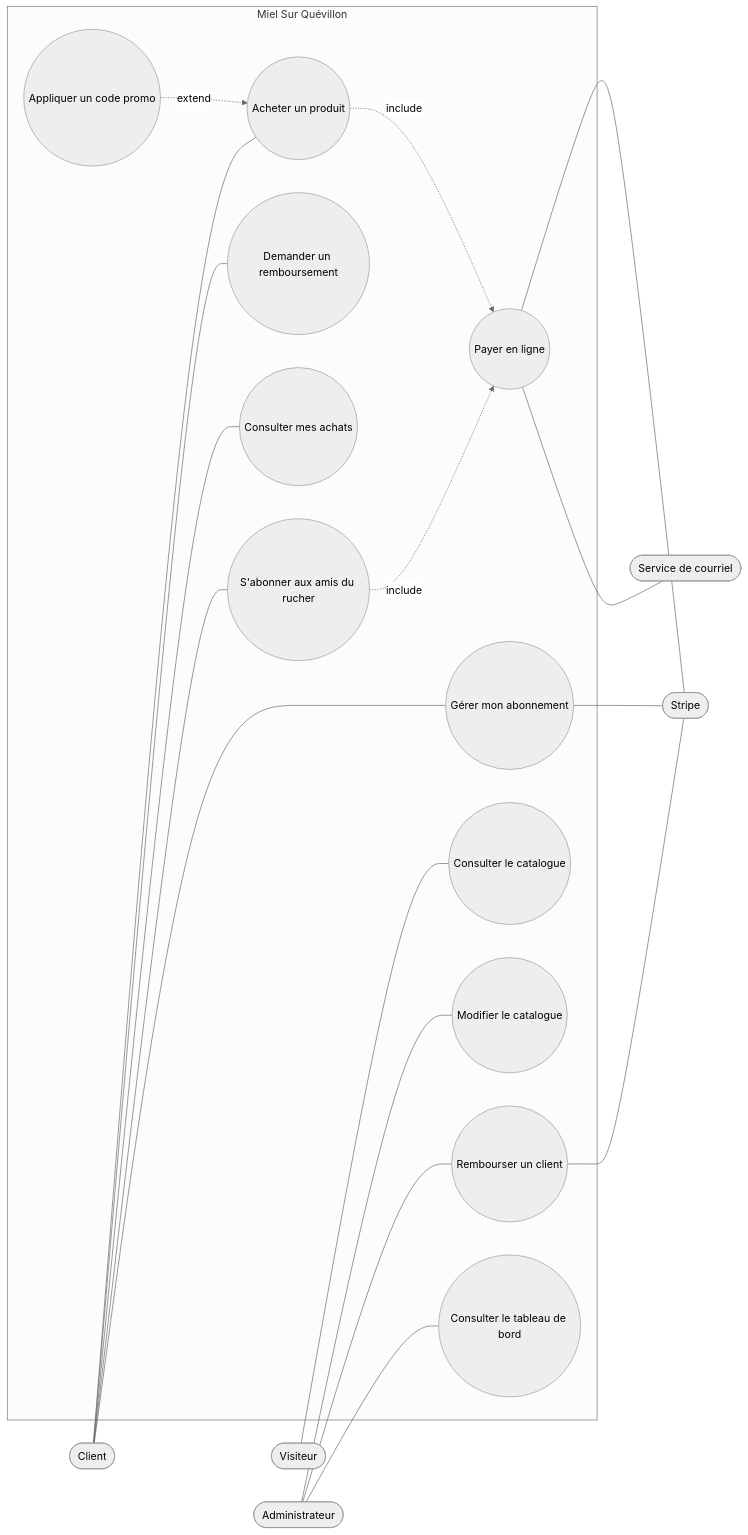
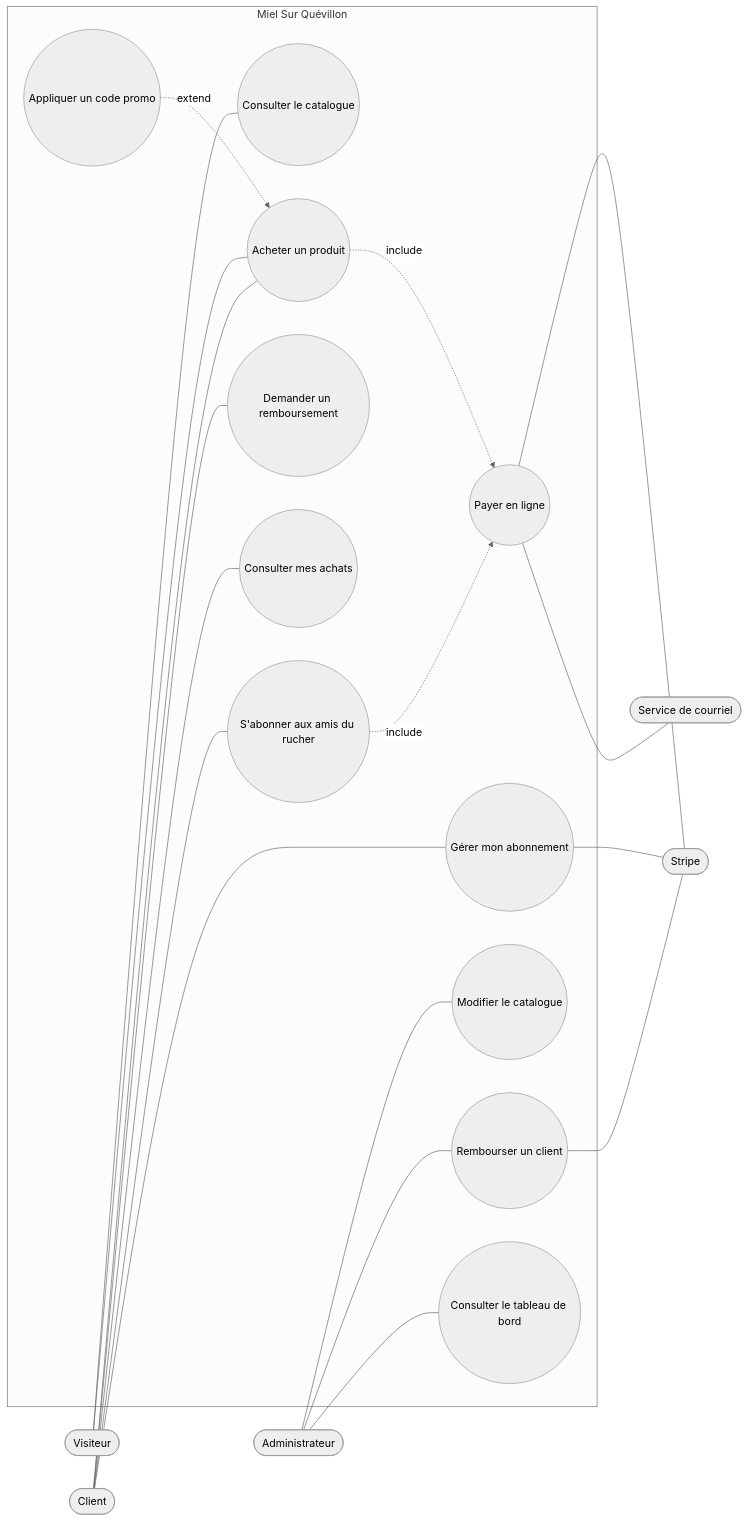
The first of 3 diagrams in docs/cahier-des-charges.md (Grindy/LeMiel-sur-Quevillon), drawn with Mermaid (neutral theme) before and after one commit.

````diff
--- a/docs/cahier-des-charges.md
+++ b/docs/cahier-des-charges.md
@@ -258,37 +258,38 @@
 ```mermaid
 flowchart LR
   Visiteur([Visiteur])
   Client([Client])
   Administrateur([Administrateur])
   Stripe([Stripe])
   Courriel([Service de courriel])
   subgraph Miel Sur Quévillon
     UC01((Consulter le catalogue))
     UC02((Acheter un produit))
     UC03((Demander un remboursement))
     UC04((Consulter mes achats))
     UC06((Modifier le catalogue))
     UC07((S'abonner aux amis du rucher))
     UC08((Gérer mon abonnement))
     UC09((Payer en ligne))
     UC10((Rembourser un client))
     UC11((Appliquer un code promo))
     UC12((Consulter le tableau de bord))
   end
   Visiteur --- UC01
+  Visiteur --- UC02
   Client --- UC02
   Client --- UC03
   Client --- UC04
   Administrateur --- UC06
   Client --- UC07
   Client --- UC08
   Administrateur --- UC10
   Administrateur --- UC12
   UC02 -. include .-> UC09
   UC07 -. include .-> UC09
   UC11 -. extend .-> UC02
   UC09 --- Stripe
   UC09 --- Courriel
   UC08 --- Stripe
   UC10 --- Stripe
 ```
````
